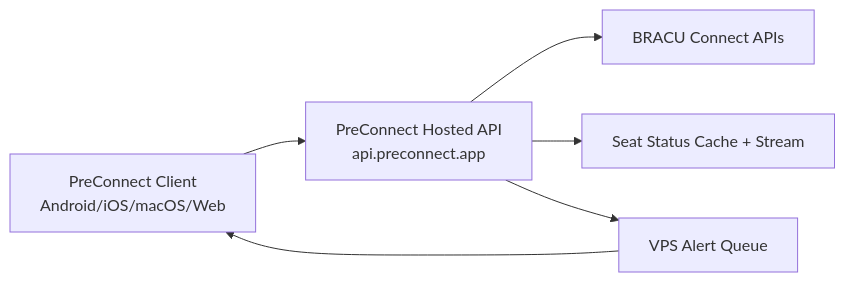
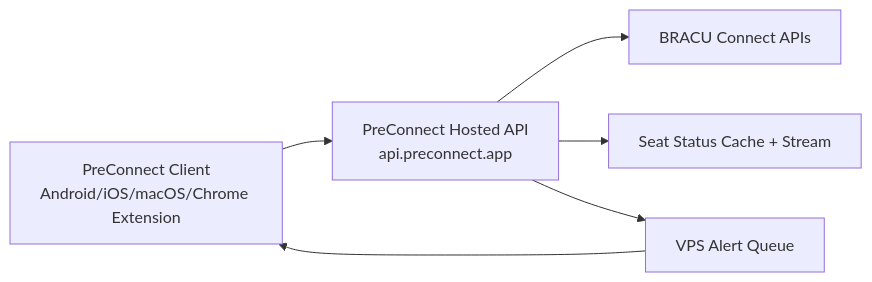
Before and after one commit to hitblast/preconnect: the diagram in README.md, drawn with Mermaid. The commit also changed other lines of this file and 52 other files, not shown here.

First line of the commit message:
Implement web extension support for authentication and session management

````diff
--- a/README.md
+++ b/README.md
@@ -208,8 +243,8 @@
 ```mermaid
 flowchart LR
-  A[PreConnect Client\nAndroid/iOS/macOS/Web] --> B[PreConnect Hosted API\napi.preconnect.app]
+  A[PreConnect Client\nAndroid/iOS/macOS/Chrome Extension] --> B[PreConnect Hosted API\napi.preconnect.app]
   B --> C[BRACU Connect APIs]
   B --> D[Seat Status Cache + Stream]
   B --> E[VPS Alert Queue]
   E --> A
 ```
````
